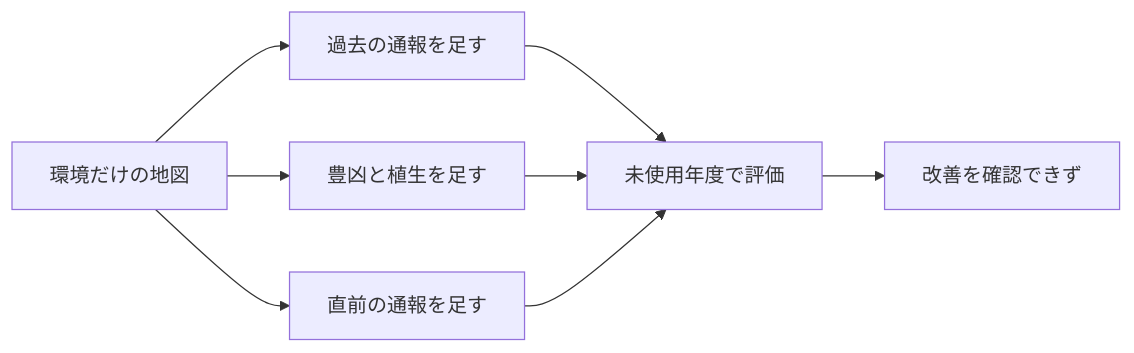
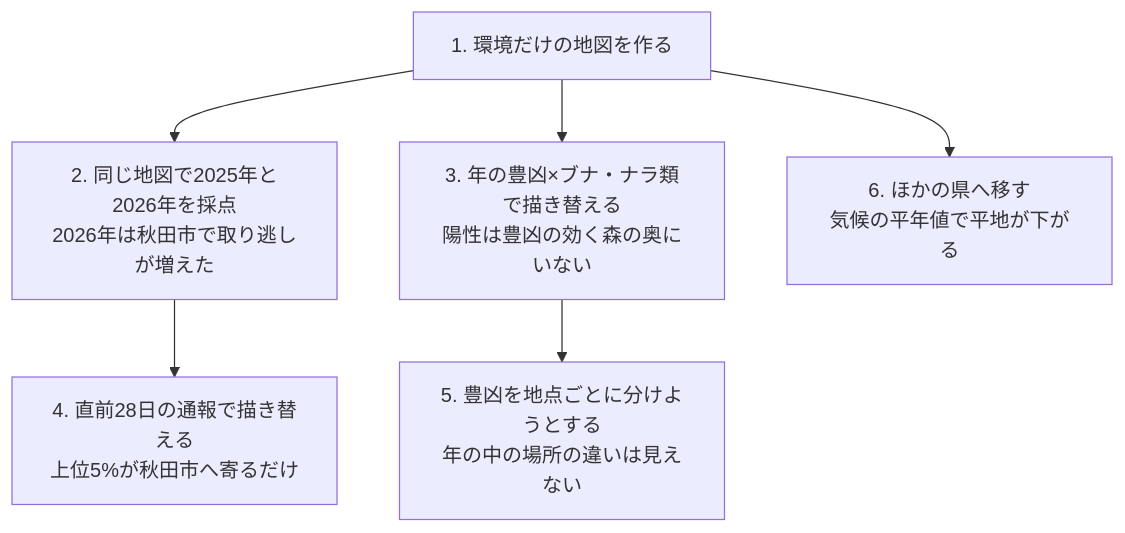
Before and after one commit to yuiseki/GeoAI-master-skills: the diagram in site/src/content/reports/akita-bear-risk.md, drawn with Mermaid. The commit also changed other lines of this file and 22 other files, not shown here.

````diff
--- a/site/src/content/reports/akita-bear-risk.md
+++ b/site/src/content/reports/akita-bear-risk.md
@@ -29,10 +88,8 @@
 ```mermaid
-flowchart LR
-  A[環境だけの地図] --> B[過去の通報を足す]
-  A --> C[豊凶と植生を足す]
-  A --> D[直前の通報を足す]
-  B --> E[未使用年度で評価]
-  C --> E
-  D --> E
-  E --> F[改善を確認できず]
+flowchart TD
+  A[1. 環境だけの地図を作る] --> B[2. 同じ地図で2025年と2026年を採点<br>2026年は秋田市で取り逃しが増えた]
+  A --> C[3. 年の豊凶×ブナ・ナラ類で描き替える<br>陽性は豊凶の効く森の奥にいない]
+  B --> D[4. 直前28日の通報で描き替える<br>上位5%が秋田市へ寄るだけ]
+  C --> E[5. 豊凶を地点ごとに分けようとする<br>年の中の場所の違いは見えない]
+  A --> F[6. ほかの県へ移す<br>気候の平年値で平地が下がる]
 ```
````
